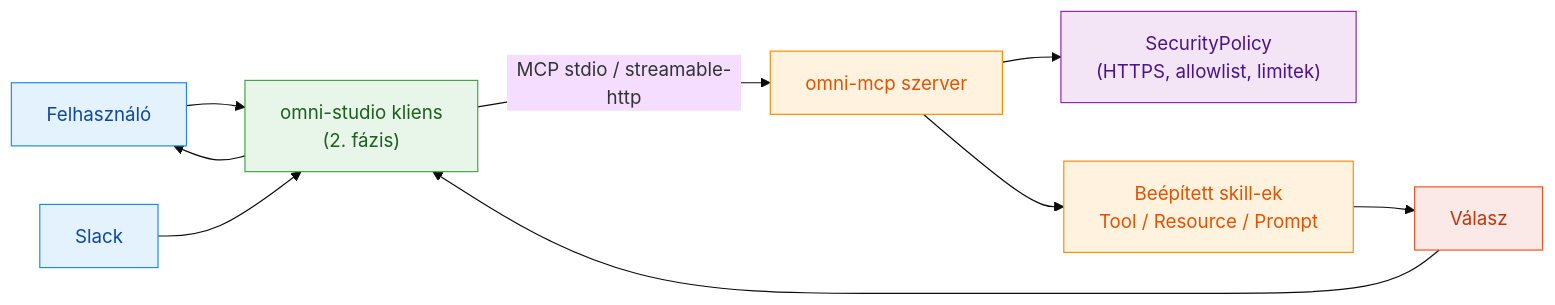
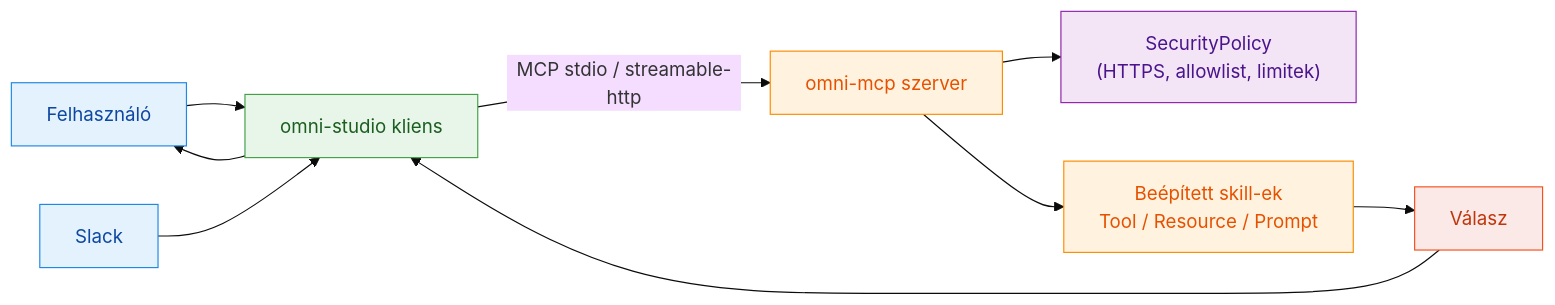
Before and after one commit to cloudsteak/omni-mcp: the first of 3 diagrams in docs/ARCHITECTURE.hu.md, drawn with Mermaid. The commit also changed other lines of this file and 22 other files, not shown here.

````diff
--- a/docs/ARCHITECTURE.hu.md
+++ b/docs/ARCHITECTURE.hu.md
@@ -22,25 +21,25 @@
 ```mermaid
 %%{init: {"theme": "base"}}%%
 flowchart LR
-    U[Felhasználó] --> C["omni-studio kliens<br/>(2. fázis)"]
+    U[Felhasználó] --> C["omni-studio kliens"]
     S[Slack] --> C
     C -->|MCP stdio / streamable-http| M[omni-mcp szerver]
 
     M --> P["SecurityPolicy<br/>(HTTPS, allowlist, limitek)"]
     M --> K["Beépített skill-ek<br/>Tool / Resource / Prompt"]
     K --> R[Válasz]
     R --> C
     C --> U
 
     classDef actor fill:#E3F2FD,stroke:#1E88E5,color:#0D47A1,stroke-width:1px;
     classDef client fill:#E8F5E9,stroke:#43A047,color:#1B5E20,stroke-width:1px;
     classDef server fill:#FFF3E0,stroke:#FB8C00,color:#E65100,stroke-width:1px;
     classDef policy fill:#F3E5F5,stroke:#8E24AA,color:#4A148C,stroke-width:1px;
     classDef result fill:#FBE9E7,stroke:#F4511E,color:#BF360C,stroke-width:1px;
 
     class U,S actor;
     class C client;
     class M,K server;
     class P policy;
     class R result;
 ```
````
